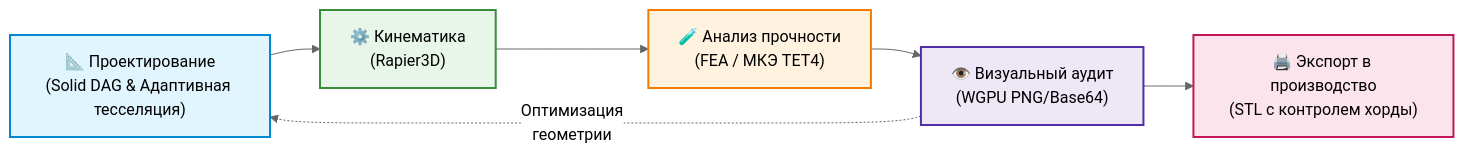
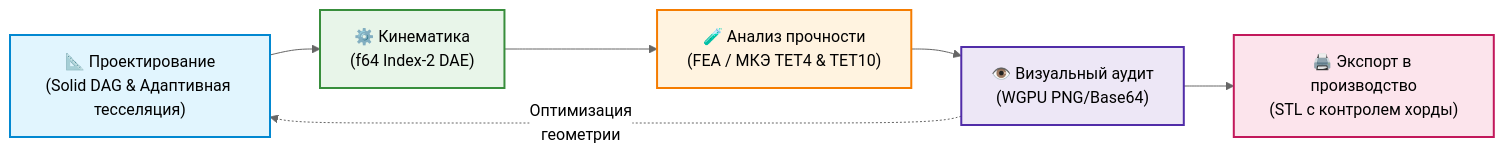
Before and after one commit to hofabetlife/chordvibe-cad-mcp: the first of 2 diagrams in README.md, drawn with Mermaid (neutral theme). The commit also changed other lines of this file and 38 other files, not shown here.

````diff
--- a/README.md
+++ b/README.md
@@ -31,14 +31,14 @@
 ```mermaid
 flowchart LR
-    A["📐 Проектирование<br/>(Solid DAG & Адаптивная тесселяция)"] --> B["⚙️ Кинематика<br/>(Rapier3D)"]
-    B --> C["🧪 Анализ прочности<br/>(FEA / МКЭ TET4)"]
+    A["📐 Проектирование<br/>(Solid DAG & Адаптивная тесселяция)"] --> B["⚙️ Кинематика<br/>(f64 Index-2 DAE)"]
+    B --> C["🧪 Анализ прочности<br/>(FEA / МКЭ TET4 & TET10)"]
     C --> D["👁️ Визуальный аудит<br/>(WGPU PNG/Base64)"]
     D --> E["🖨️ Экспорт в производство<br/>(STL с контролем хорды)"]
     D -.->|"Оптимизация<br/>геометрии"| A
 
     style A fill:#e1f5fe,stroke:#0288d1,stroke-width:2px
     style B fill:#e8f5e9,stroke:#388e3c,stroke-width:2px
     style C fill:#fff3e0,stroke:#f57c00,stroke-width:2px
     style D fill:#ede7f6,stroke:#512da8,stroke-width:2px
     style E fill:#fce4ec,stroke:#c2185b,stroke-width:2px
 ```
````
